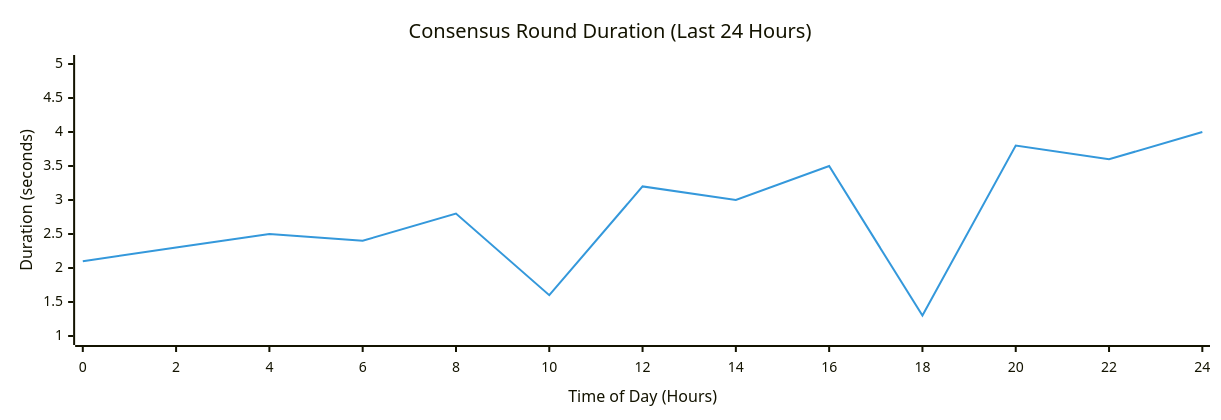
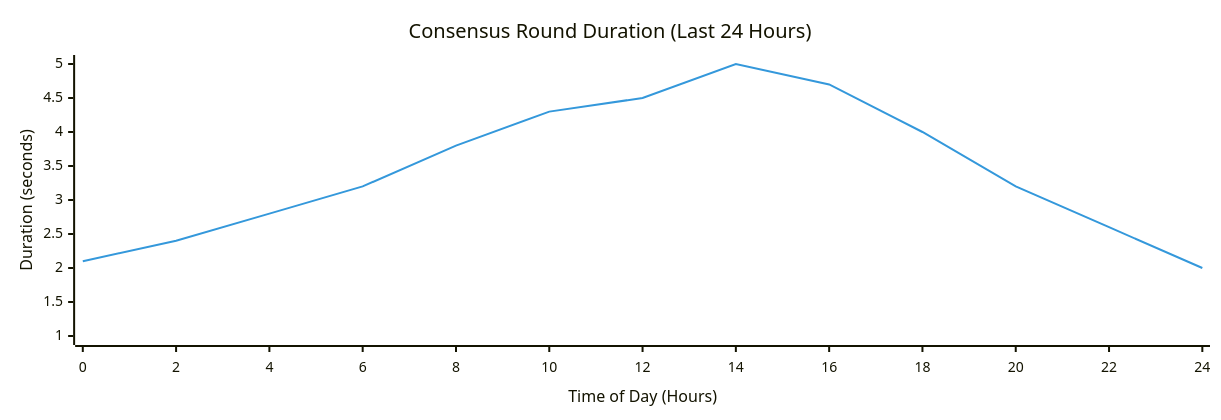
Before and after one commit to XRPLF/rippled: the sixth of 6 diagrams in OpenTelemetryPlan/01-architecture-analysis.md, drawn with Mermaid. The commit also changed other lines of this file and 12 other files, not shown here.

````diff
--- a/OpenTelemetryPlan/01-architecture-analysis.md
+++ b/OpenTelemetryPlan/01-architecture-analysis.md
@@ -291,18 +424,18 @@
 ```mermaid
 ---
 config:
     xyChart:
         width: 1200
         height: 400
         plotReservedSpacePercent: 50
         chartOrientation: vertical
     themeVariables:
         xyChart:
             plotColorPalette: "#3498db"
 ---
 xychart-beta
     title "Consensus Round Duration (Last 24 Hours)"
     x-axis "Time of Day (Hours)" [0, 2, 4, 6, 8, 10, 12, 14, 16, 18, 20, 22, 24]
     y-axis "Duration (seconds)" 1 --> 5
-    line [2.1, 2.3, 2.5, 2.4, 2.8, 1.6, 3.2, 3.0, 3.5, 1.3, 3.8, 3.6, 4.0, 3.2, 4.3, 4.1, 4.5, 4.3, 4.2, 2.4, 4.8, 4.6, 4.9, 4.7, 5.0, 4.9, 4.8, 2.6, 4.7, 4.5, 4.2, 4.0, 2.5, 3.7, 3.2, 3.4, 2.9, 3.1, 2.6, 2.8, 2.3, 1.5, 2.7, 2.4, 2.5, 2.3, 2.2, 2.1, 2.0]
+    line [2.1, 2.4, 2.8, 3.2, 3.8, 4.3, 4.5, 5.0, 4.7, 4.0, 3.2, 2.6, 2.0]
 ```
````
